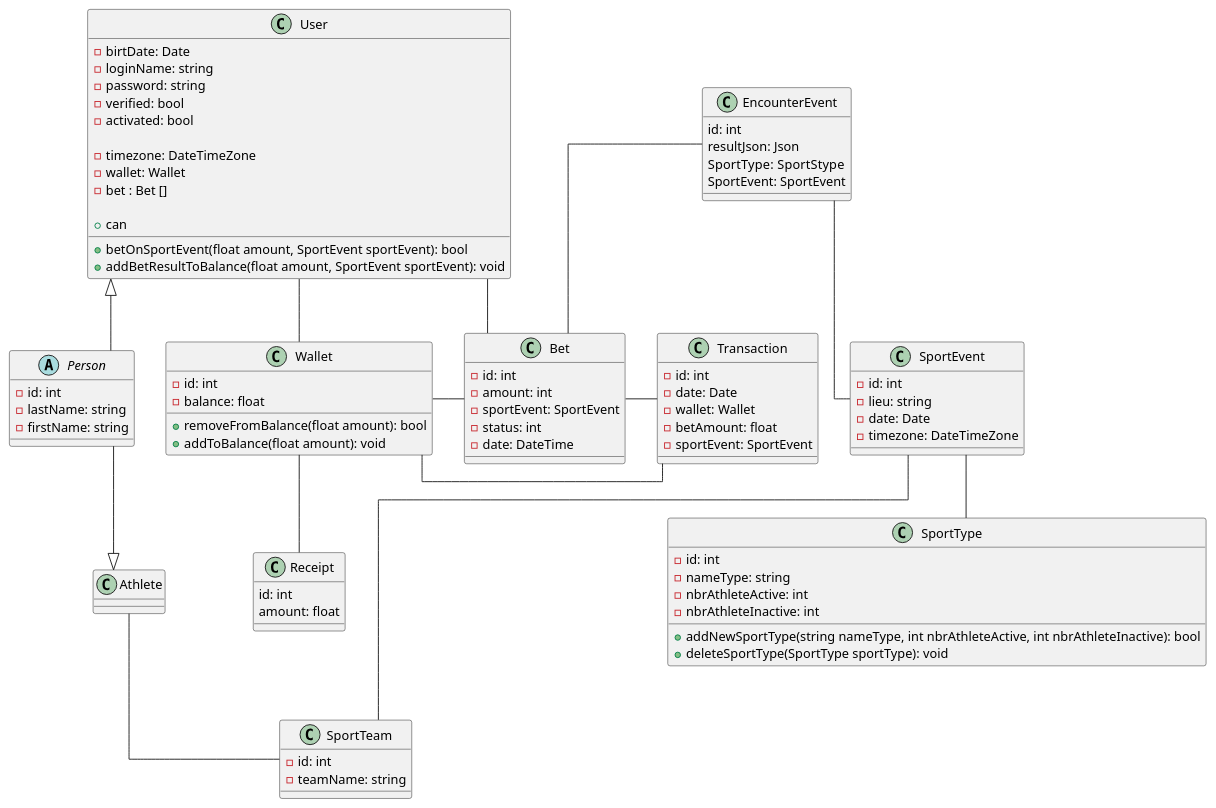
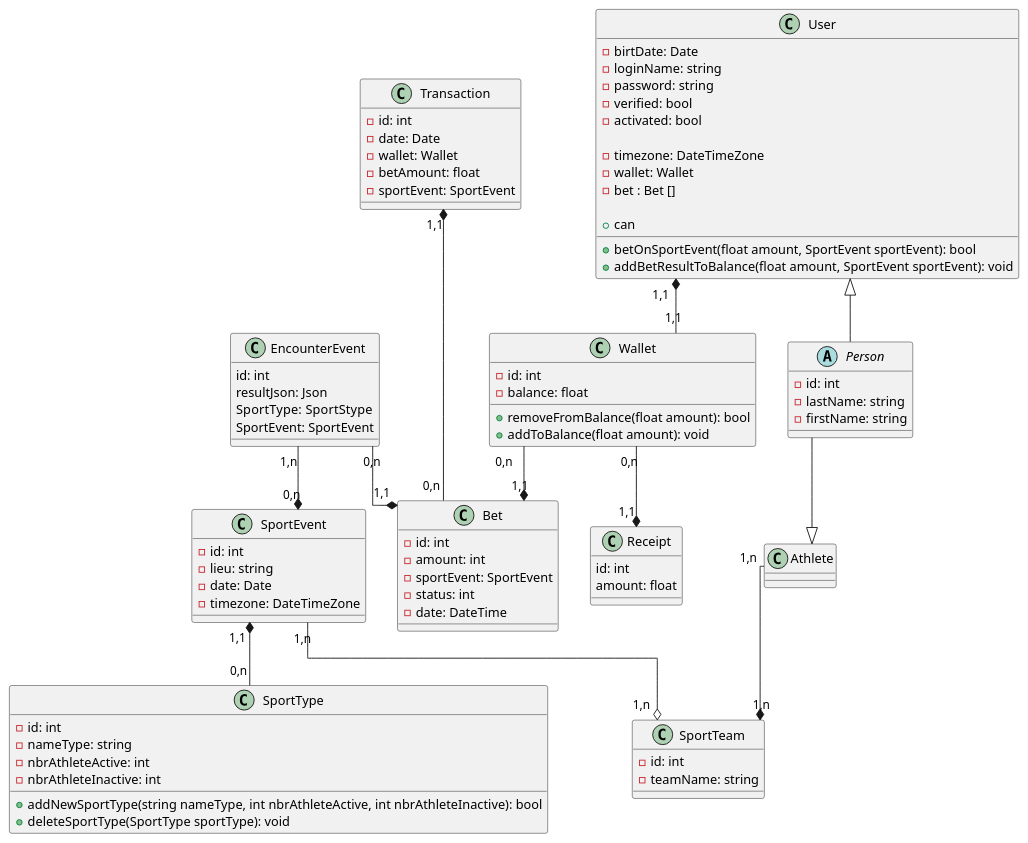
One commit to OFP-CDA-Mulhouse-2020/parisportif3 changed the diagram in UML/PariSportifUML.puml. Above: the diagram before and after it, drawn with PlantUML.

Commit message:
5. Ajout des cardinalités + Associations | Modification du schéma

```diff
--- a/UML/PariSportifUML.puml
+++ b/UML/PariSportifUML.puml
@@ -1,124 +1,124 @@
 @startuml
 
 ' Human management
 
 skinparam linetype ortho
 
     abstract class Person {
         -id: int
         -lastName: string
         -firstName: string
     }
 
     class User {
         -birtDate: Date
         -loginName: string
         -password: string
         -verified: bool
         -activated: bool
 
         -timezone: DateTimeZone
         -wallet: Wallet
         -bet : Bet []
 
         +betOnSportEvent(float amount, SportEvent sportEvent): bool
         +addBetResultToBalance(float amount, SportEvent sportEvent): void
         +can
     }
 
     class Athlete {
     
     }
 
     class Receipt{
         id: int
         amount: float
     }
 
 
     ' Money management
     class Wallet {
         -id: int
         -balance: float
 
         +removeFromBalance(float amount): bool
         +addToBalance(float amount): void
     }
 
     'History'
     class Transaction {
         -id: int
         -date: Date
         -wallet: Wallet
         -betAmount: float
         -sportEvent: SportEvent
     }
 
     class Bet {
         -id: int
         -amount: int
         -sportEvent: SportEvent
         -status: int
         -date: DateTime
 
 '        +addBet(int amount, SportEvent SportEvent): bool
 '        +deleteBet(int id): bool
 '        +modifyBet(int id, int amount, SportEvent SportEvent): bool
     }
 
     class EncounterEvent{
         id: int
         resultJson: Json
         SportType:  SportStype
         SportEvent: SportEvent
     }
 
     ' Sport management
     class SportEvent {
         -id: int
         -lieu: string
         -date: Date
         -timezone: DateTimeZone
     }
 
     class SportTeam {
         -id: int
         -teamName: string
     }
 
     class SportType {
         -id: int
         -nameType: string
         -nbrAthleteActive: int
         -nbrAthleteInactive: int
 
         +addNewSportType(string nameType, int nbrAthleteActive, int nbrAthleteInactive): bool
         +deleteSportType(SportType sportType): void
     }
 
 ' ========================================================================='
 
 ' Inherit of
 User <|-- Person
 Athlete <|-u- Person
 
 ' Relation
-User -- Bet
-User -- Wallet
+'User "0,n" o-- "1,1" Bet
+User "1,1" *-- "1,1" Wallet
 
-Wallet - Bet
-Wallet -- Receipt
+Wallet "0,n" --* "1,1" Bet
+Wallet "0,n" --* "1,1" Receipt
 
-Athlete -- SportTeam
+Athlete "1,n" --* "1,n" SportTeam
 
-EncounterEvent -- Bet
-EncounterEvent -- SportEvent
+EncounterEvent "0,n" -d-* "1,1" Bet
+EncounterEvent "1,n" --* "0,n" SportEvent
 
-SportEvent -- SportTeam
-SportEvent -- SportType
+SportEvent "1,n" --o "1,n" SportTeam
+SportEvent "1,1" *-- "0,n" SportType
 
-Transaction -l- Bet
-Transaction -l- Wallet
+Transaction "1,1" *--- "0,n" Bet
+'Transaction -l- Wallet
 
 
 @enduml
```
